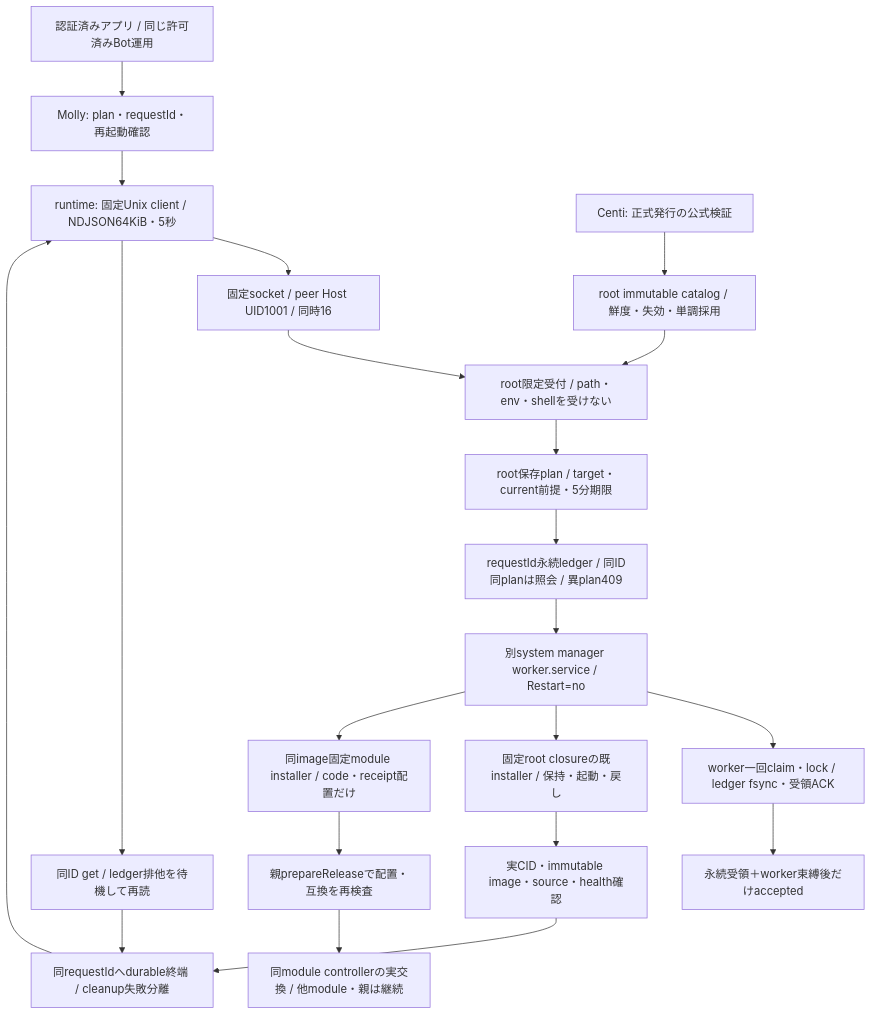
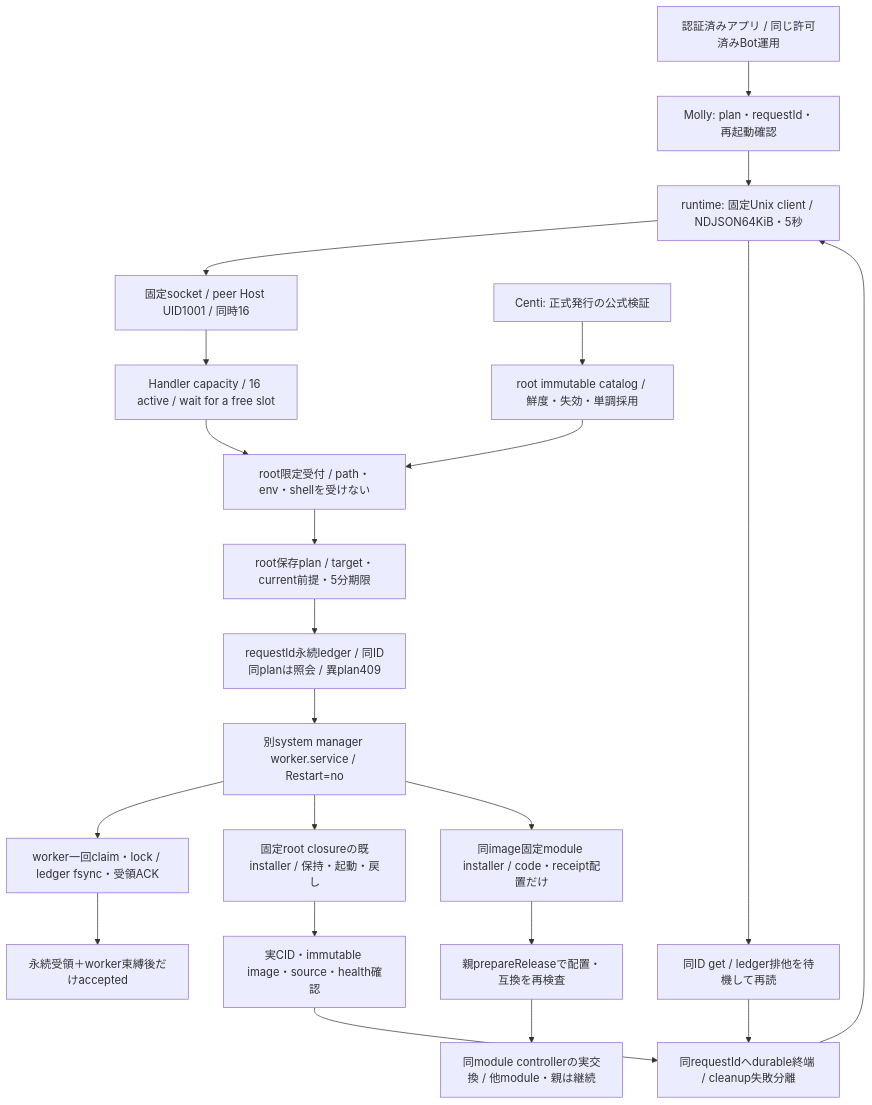
One commit to kitepon/BellTeam changed the diagram in docs/architecture/modules/runtime/container-update.md. Above: the diagram before and after it, drawn with Mermaid. The commit also changed other lines of this file and 3 other files, not shown here.

Commit message:
fix(runtime): wait for updater socket handler capacity

````diff
--- a/docs/architecture/modules/runtime/container-update.md
+++ b/docs/architecture/modules/runtime/container-update.md
@@ -5,23 +5,24 @@
 ```mermaid
 flowchart TD
   UI[認証済みアプリ / 同じ許可済みBot運用] --> Common[Molly: plan・requestId・再起動確認]
   Common --> Client[runtime: 固定Unix client / NDJSON64KiB・5秒]
   Client --> Socket[固定socket / peer Host UID1001 / 同時16]
-  Socket --> Host[root限定受付 / path・env・shellを受けない]
+  Socket --> Capacity[Handler capacity / 16 active / wait for a free slot]
+  Capacity --> Host[root限定受付 / path・env・shellを受けない]
   Catalog[Centi: 正式発行の公式検証] --> Store[root immutable catalog / 鮮度・失効・単調採用]
   Store --> Host
   Host --> Plan[root保存plan / target・current前提・5分期限]
   Plan --> Ledger[requestId永続ledger / 同ID同planは照会 / 異plan409]
   Ledger --> Unit[別system manager worker.service / Restart=no]
   Unit --> Bound[worker一回claim・lock / ledger fsync・受領ACK]
   Bound --> Accepted[永続受領＋worker束縛後だけaccepted]
   Unit --> Installer[固定root closureの既installer / 保持・起動・戻し]
   Unit --> Module[同image固定module installer / code・receipt配置だけ]
   Module --> Recheck[親prepareReleaseで配置・互換を再検査]
   Recheck --> Exchange[同module controllerの実交換 / 他module・親は継続]
   Installer --> Verify[実CID・immutable image・source・health確認]
   Verify --> Result[同requestIdへdurable終端 / cleanup失敗分離]
   Result --> Client
   Client --> Get[同ID get / ledger排他を待機して再読]
   Get --> Result
 ```
````
